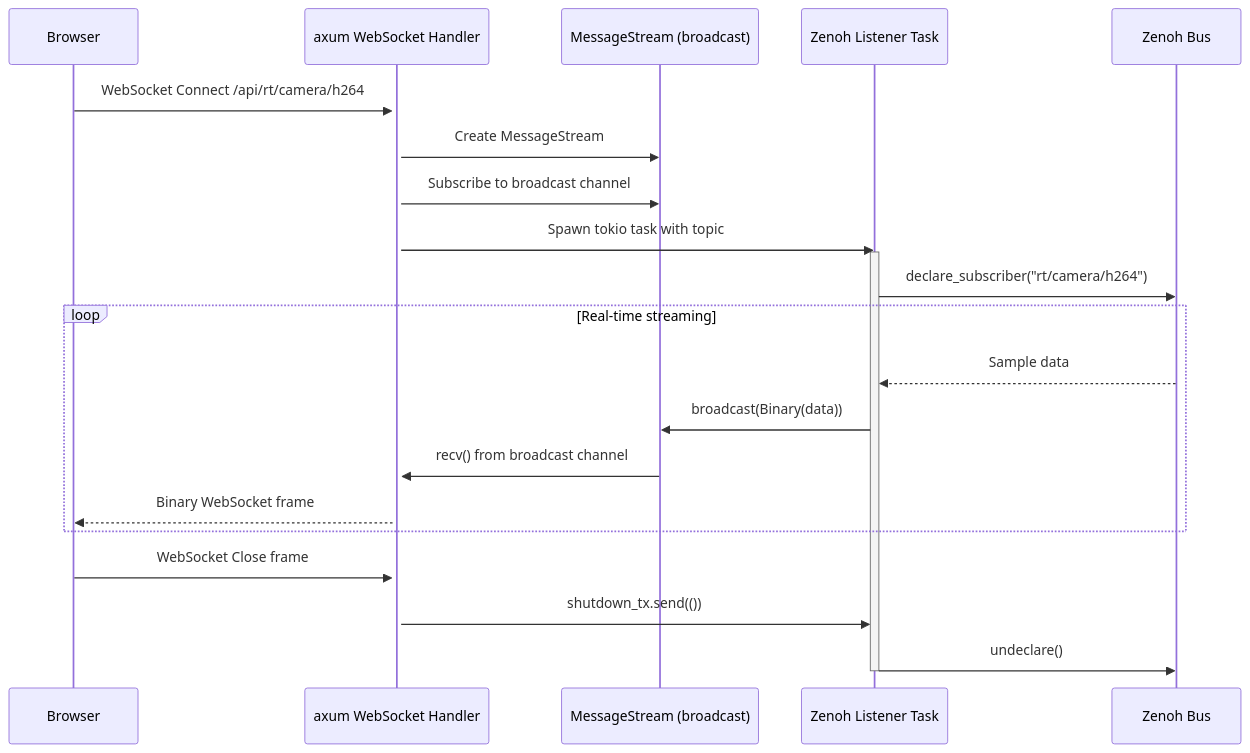
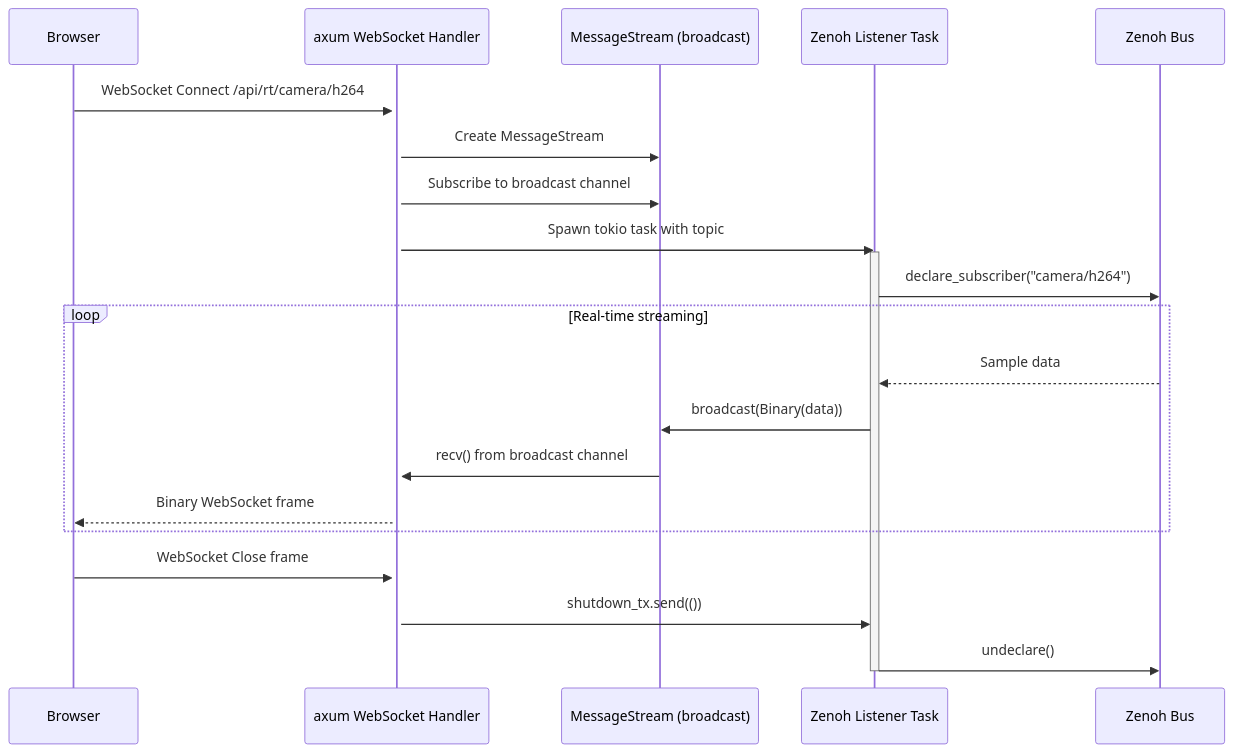
Before and after one commit to EdgeFirstAI/websrv: the third of 21 diagrams in ARCHITECTURE.md, drawn with Mermaid. The commit also changed other lines of this file and 6 other files, not shown here.

````diff
--- a/ARCHITECTURE.md
+++ b/ARCHITECTURE.md
@@ -187,28 +187,28 @@
 ```mermaid
 sequenceDiagram
     participant Browser
     participant AxumWS as axum WebSocket Handler
     participant Stream as MessageStream (broadcast)
     participant Zenoh as Zenoh Listener Task
     participant ZenohBus as Zenoh Bus
 
     Browser->>+AxumWS: WebSocket Connect /api/rt/camera/h264
     AxumWS->>Stream: Create MessageStream
     AxumWS->>Stream: Subscribe to broadcast channel
     AxumWS->>Zenoh: Spawn tokio task with topic
 
     activate Zenoh
-    Zenoh->>ZenohBus: declare_subscriber("rt/camera/h264")
+    Zenoh->>ZenohBus: declare_subscriber("camera/h264")
 
     loop Real-time streaming
         ZenohBus-->>Zenoh: Sample data
         Zenoh->>Stream: broadcast(Binary(data))
         Stream->>AxumWS: recv() from broadcast channel
         AxumWS-->>Browser: Binary WebSocket frame
     end
 
     Browser->>AxumWS: WebSocket Close frame
     AxumWS->>Zenoh: shutdown_tx.send(())
     Zenoh->>ZenohBus: undeclare()
     deactivate Zenoh
 ```
````
